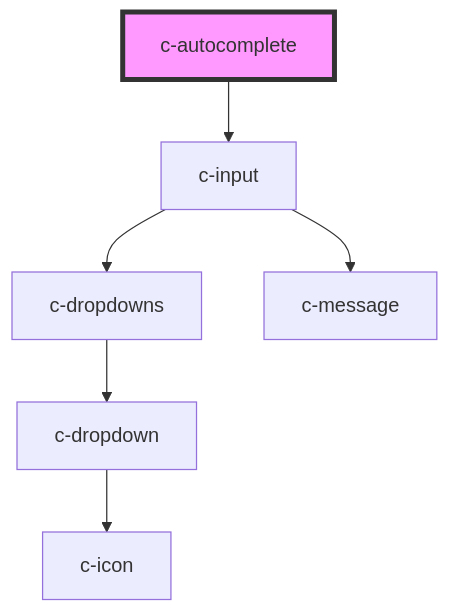
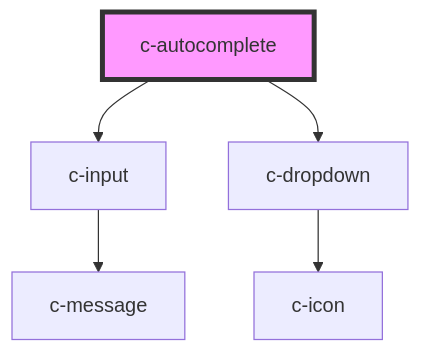
Before and after one commit to CSCfi/ui: the diagram in packages/csc-ui/src/components/c-autocomplete/readme.md, drawn with Mermaid. The commit also changed other lines of this file and 18 other files, not shown here.

Commit message:
fix: c-dropdown: remove c-dropdowns and use c-dropdown directly on c-select and -c-autocomplete

````diff
--- a/packages/csc-ui/src/components/c-autocomplete/readme.md
+++ b/packages/csc-ui/src/components/c-autocomplete/readme.md
@@ -125,9 +126,8 @@
 ```mermaid
 graph TD;
   c-autocomplete --> c-input
-  c-input --> c-dropdowns
+  c-autocomplete --> c-dropdown
   c-input --> c-message
-  c-dropdowns --> c-dropdown
   c-dropdown --> c-icon
   style c-autocomplete fill:#f9f,stroke:#333,stroke-width:4px
 ```
````
